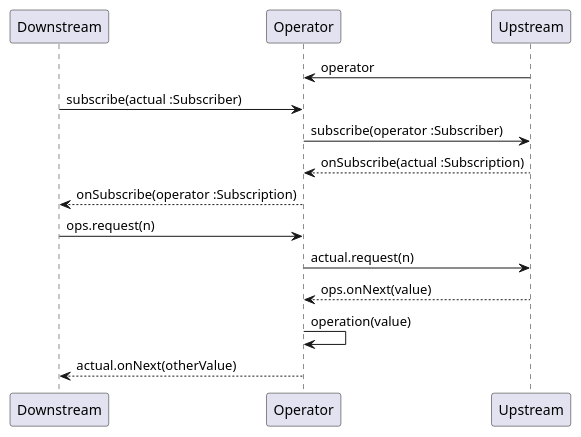
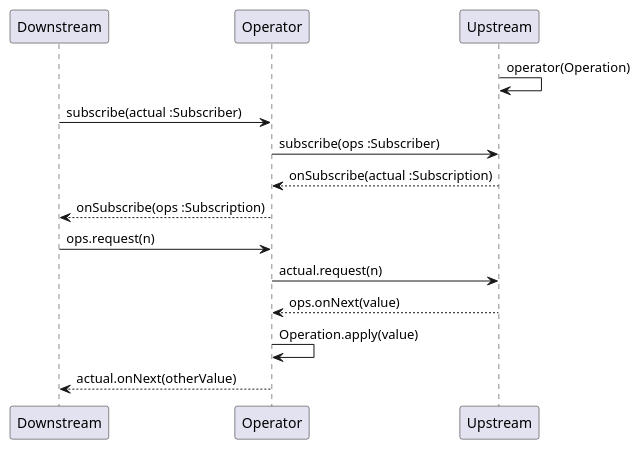
Before and after one commit to yanghoon/obsidian-workspace: the second of 2 diagrams in _diary/2024-06-18.md, drawn with PlantUML.

Commit message:
vault backup: 2024-06-19 00:57:42

````diff
--- a/_diary/2024-06-18.md
+++ b/_diary/2024-06-18.md
@@ -41,22 +41,22 @@
 ```plantuml
 @startuml
 
 participant Downstream as Down
 participant Operator as Ops
 participant Upstream as Up
 
-Up -> Ops: operator
+Up -> Up: operator(Operation)
 
 Down -> Ops: subscribe(actual :Subscriber)
-Ops -> Up: subscribe(operator :Subscriber)
+Ops -> Up: subscribe(ops :Subscriber)
 Ops <-- Up: onSubscribe(actual :Subscription)
-Down <-- Ops: onSubscribe(operator :Subscription)
+Down <-- Ops: onSubscribe(ops :Subscription)
 
 Down -> Ops: ops.request(n)
 Ops -> Up: actual.request(n)
 Ops <-- Up: ops.onNext(value)
-Ops -> Ops: operation(value)
+Ops -> Ops: Operation.apply(value)
 Down <-- Ops: actual.onNext(otherValue)
 
 @enduml
 ```
````
